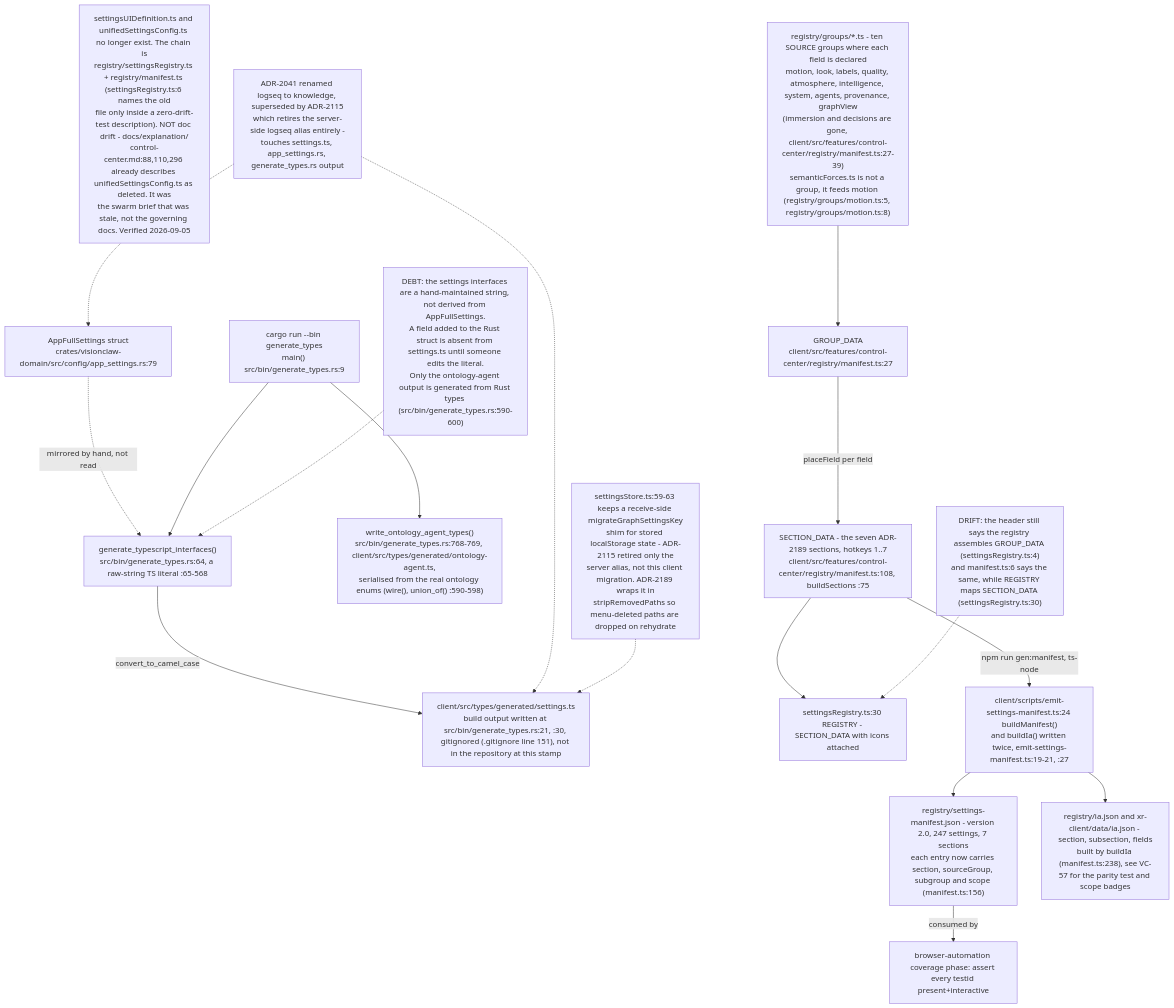
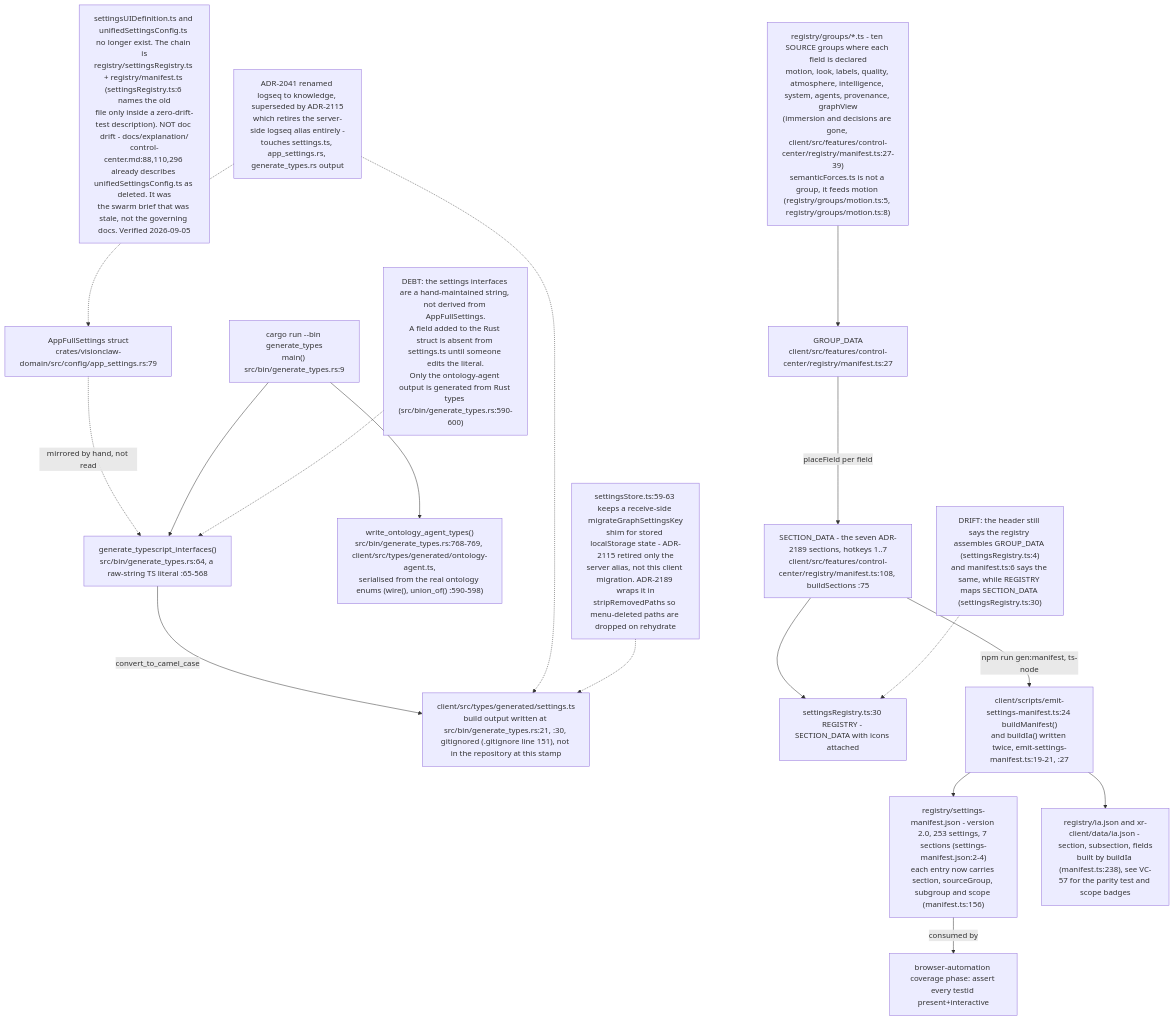
Before and after one commit to DreamLab-AI/VisionFlow: the second of 20 diagrams in docs/diagrams/visionclaw/34-client-features.md, drawn with Mermaid. The commit also changed other lines of this file and 7 other files, not shown here.

First line of the commit message:
diagrams(visionclaw): re-verify VC-34 to VC-40 and VC-42 at visionclaw 4900ec6, agentbox 59b1aca

````diff
--- a/docs/diagrams/visionclaw/34-client-features.md
+++ b/docs/diagrams/visionclaw/34-client-features.md
@@ -197,20 +198,20 @@
 ```mermaid
 flowchart TD
     RustStruct["AppFullSettings struct<br/>crates/visionclaw-domain/src/config/app_settings.rs:79"] -.->|mirrored by hand, not read| Gen["generate_typescript_interfaces()<br/>src/bin/generate_types.rs:64, a raw-string TS literal :65-568"]
     Bin["cargo run --bin generate_types<br/>main() src/bin/generate_types.rs:9"] --> Gen
     Bin --> OntGen["write_ontology_agent_types()<br/>src/bin/generate_types.rs:768-769, client/src/types/generated/ontology-agent.ts,<br/>serialised from the real ontology enums (wire(), union_of() :590-598)"]
     Debt1["DEBT: the settings interfaces are a hand-maintained string, not derived from AppFullSettings.<br/>A field added to the Rust struct is absent from settings.ts until someone edits the literal.<br/>Only the ontology-agent output is generated from Rust types (src/bin/generate_types.rs:590-600)"] -.-> Gen
     Gen -->|convert_to_camel_case| Out["client/src/types/generated/settings.ts<br/>build output written at src/bin/generate_types.rs:21, :30, gitignored (.gitignore line 151), not in the repository at this stamp"]
     Note1["settingsUIDefinition.ts and unifiedSettingsConfig.ts no longer exist. The chain is<br/>registry/settingsRegistry.ts + registry/manifest.ts (settingsRegistry.ts:6 names the old<br/>file only inside a zero-drift-test description). NOT doc drift - docs/explanation/<br/>control-center.md:88,110,296 already describes unifiedSettingsConfig.ts as deleted. It was<br/>the swarm brief that was stale, not the governing docs. Verified 2026-09-05"]
     Groups["registry/groups/*.ts - ten SOURCE groups where each field is declared<br/>motion, look, labels, quality, atmosphere, intelligence, system, agents, provenance, graphView<br/>(immersion and decisions are gone, client/src/features/control-center/registry/manifest.ts:27-39)<br/>semanticForces.ts is not a group, it feeds motion (registry/groups/motion.ts:5, registry/groups/motion.ts:8)"] --> ManifestTs["GROUP_DATA<br/>client/src/features/control-center/registry/manifest.ts:27"]
     ManifestTs -->|placeField per field| Sections["SECTION_DATA - the seven ADR-2189 sections, hotkeys 1..7<br/>client/src/features/control-center/registry/manifest.ts:108, buildSections :75"]
     Sections --> Registry["settingsRegistry.ts:30 REGISTRY - SECTION_DATA with icons attached"]
     DriftReg["DRIFT: the header still says the registry assembles GROUP_DATA (settingsRegistry.ts:4)<br/>and manifest.ts:6 says the same, while REGISTRY maps SECTION_DATA (settingsRegistry.ts:30)"] -.-> Registry
     Sections -->|npm run gen:manifest, ts-node| Emit["client/scripts/emit-settings-manifest.ts:24 buildManifest()<br/>and buildIa() written twice, emit-settings-manifest.ts:19-21, :27"]
-    Emit --> ManifestJson["registry/settings-manifest.json - version 2.0, 247 settings, 7 sections<br/>each entry now carries section, sourceGroup, subgroup and scope (manifest.ts:156)"]
+    Emit --> ManifestJson["registry/settings-manifest.json - version 2.0, 253 settings, 7 sections (settings-manifest.json:2-4)<br/>each entry now carries section, sourceGroup, subgroup and scope (manifest.ts:156)"]
     Emit --> Ia["registry/ia.json and xr-client/data/ia.json - section, subsection, fields<br/>built by buildIa (manifest.ts:238), see VC-57 for the parity test and scope badges"]
     ManifestJson -->|consumed by| QA["browser-automation coverage phase: assert every testid present+interactive"]
     ADR["ADR-2041 renamed logseq to knowledge, superseded by ADR-2115<br/>which retires the server-side logseq alias entirely -<br/>touches settings.ts, app_settings.rs, generate_types.rs output"] -.-> RustStruct
     ADR -.-> Out
     Note2["settingsStore.ts:59-63 keeps a receive-side migrateGraphSettingsKey<br/>shim for stored localStorage state - ADR-2115 retired only the<br/>server alias, not this client migration. ADR-2189 wraps it in<br/>stripRemovedPaths so menu-deleted paths are dropped on rehydrate"] -.-> Out
 ```
````
